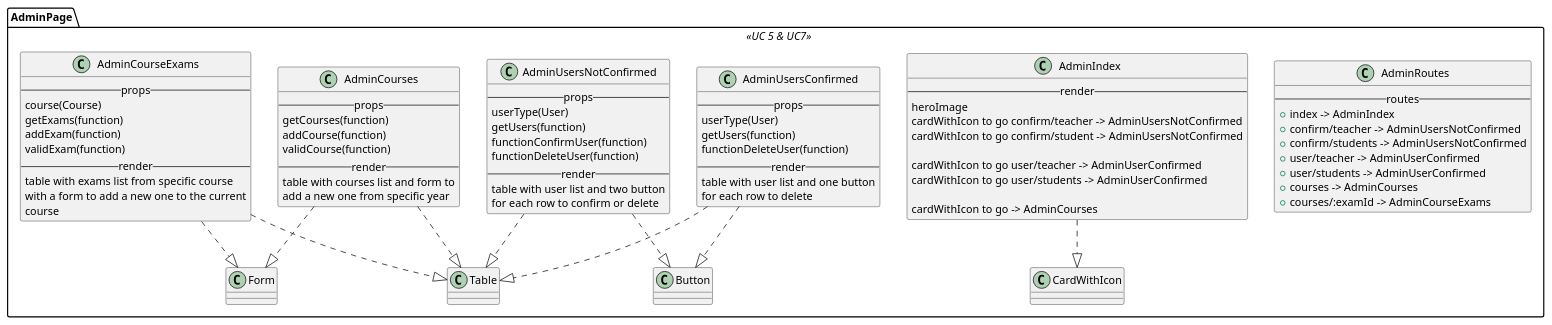
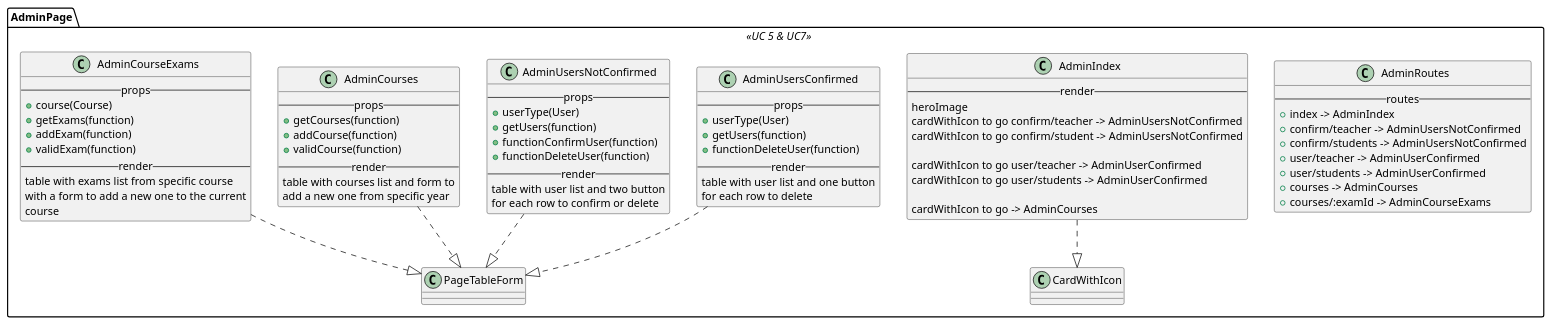
Before and after one commit to M9k/Marvin-Uml: the diagram in react/admin/index.iuml, drawn with PlantUML. The commit also changed 14 other files, not shown here.

Commit message:
:alien: aggiunti componenti bootstrap e form con pageTableForm

```diff
--- a/react/admin/index.iuml
+++ b/react/admin/index.iuml
@@ -1,80 +1,74 @@
 package AdminPage <<UC 5 & UC7>> {
 
 class AdminRoutes{
 --routes--
 + index -> AdminIndex
 + confirm/teacher -> AdminUsersNotConfirmed
 + confirm/students -> AdminUsersNotConfirmed
 + user/teacher -> AdminUserConfirmed
 + user/students -> AdminUserConfirmed
 + courses -> AdminCourses
 + courses/:examId -> AdminCourseExams
 }
-
 
 class AdminIndex{
 --render--
     heroImage
     cardWithIcon to go confirm/teacher -> AdminUsersNotConfirmed
     cardWithIcon to go confirm/student -> AdminUsersNotConfirmed
 
     cardWithIcon to go user/teacher -> AdminUserConfirmed
     cardWithIcon to go user/students -> AdminUserConfirmed
 
     cardWithIcon to go -> AdminCourses
 }
 AdminIndex ..|> CardWithIcon
 
 class AdminUsersConfirmed{
     --props--
-        userType(User)
-        getUsers(function)
-        functionDeleteUser(function)
+        + userType(User)
+        + getUsers(function)
+        + functionDeleteUser(function)
     --render--
         table with user list and one button
         for each row to delete
 }
-AdminUsersConfirmed ..|> Table
-AdminUsersConfirmed ..|> Button
+AdminUsersConfirmed ..|> PageTableForm
 
 class AdminUsersNotConfirmed{
     --props--
-        userType(User)
-        getUsers(function)
-        functionConfirmUser(function)
-        functionDeleteUser(function)
+        + userType(User)
+        + getUsers(function)
+        + functionConfirmUser(function)
+        + functionDeleteUser(function)
     --render--
         table with user list and two button
         for each row to confirm or delete
 }
-AdminUsersNotConfirmed ..|> Table
-AdminUsersNotConfirmed ..|> Button
-
+AdminUsersNotConfirmed ..|> PageTableForm
 
 class AdminCourses{
     --props--
-        getCourses(function)
-        addCourse(function)
-        validCourse(function)
+        + getCourses(function)
+        + addCourse(function)
+        + validCourse(function)
     --render--
         table with courses list and form to
         add a new one from specific year
 }
-AdminCourses ..|> Table
-AdminCourses ..|> Form
+AdminCourses ..|> PageTableForm
 
 class AdminCourseExams{
     --props--
-        course(Course)
-        getExams(function)
-        addExam(function)
-        validExam(function)
+        + course(Course)
+        + getExams(function)
+        + addExam(function)
+        + validExam(function)
     --render--
         table with exams list from specific course
         with a form to add a new one to the current
         course
 }
-AdminCourseExams ..|> Table
-AdminCourseExams ..|> Form
+AdminCourseExams ..|> PageTableForm
 
 }
```
